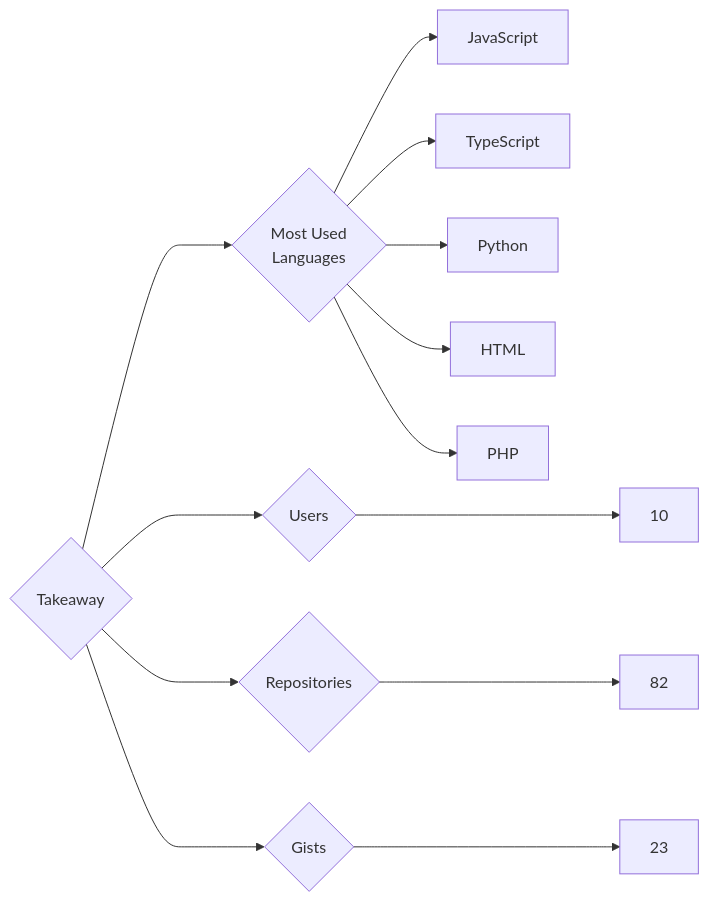
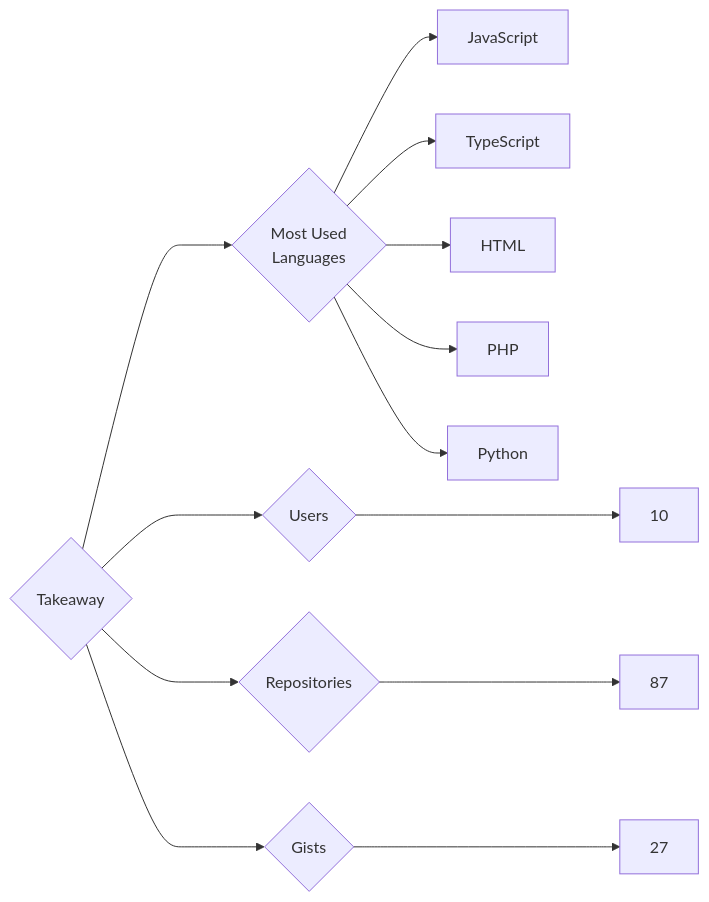
One commit to trickest/insiders changed the diagram in targets/Takeaway/README.md. Above: the diagram before and after it, drawn with Mermaid. The commit also changed 1484 other files, not shown here.

````diff
--- a/targets/Takeaway/README.md
+++ b/targets/Takeaway/README.md
@@ -3,13 +3,13 @@
 ```mermaid
 graph LR
 COMPANY_NAME{Takeaway}
 COMPANY_NAME ---> U{Users} ---> UN[10]
-COMPANY_NAME ---> R{Repositories} ---> RN[82]
-COMPANY_NAME ---> G{Gists} ---> GN[23]
+COMPANY_NAME ---> R{Repositories} ---> RN[87]
+COMPANY_NAME ---> G{Gists} ---> GN[27]
 COMPANY_NAME ---> ML{Most Used<br>Languages}
 ML --> JavaScript[JavaScript]
 ML --> TypeScript[TypeScript]
-ML --> Python[Python]
 ML --> HTML[HTML]
 ML --> PHP[PHP]
+ML --> Python[Python]
 ```
````
